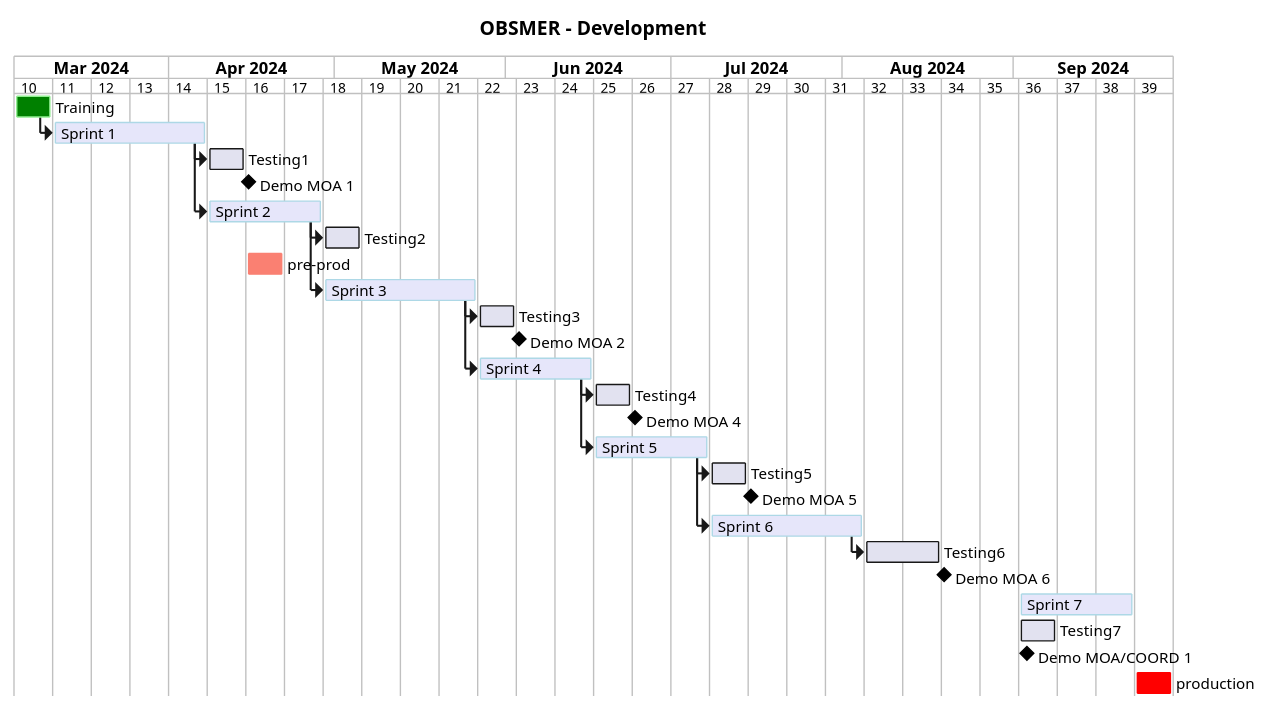
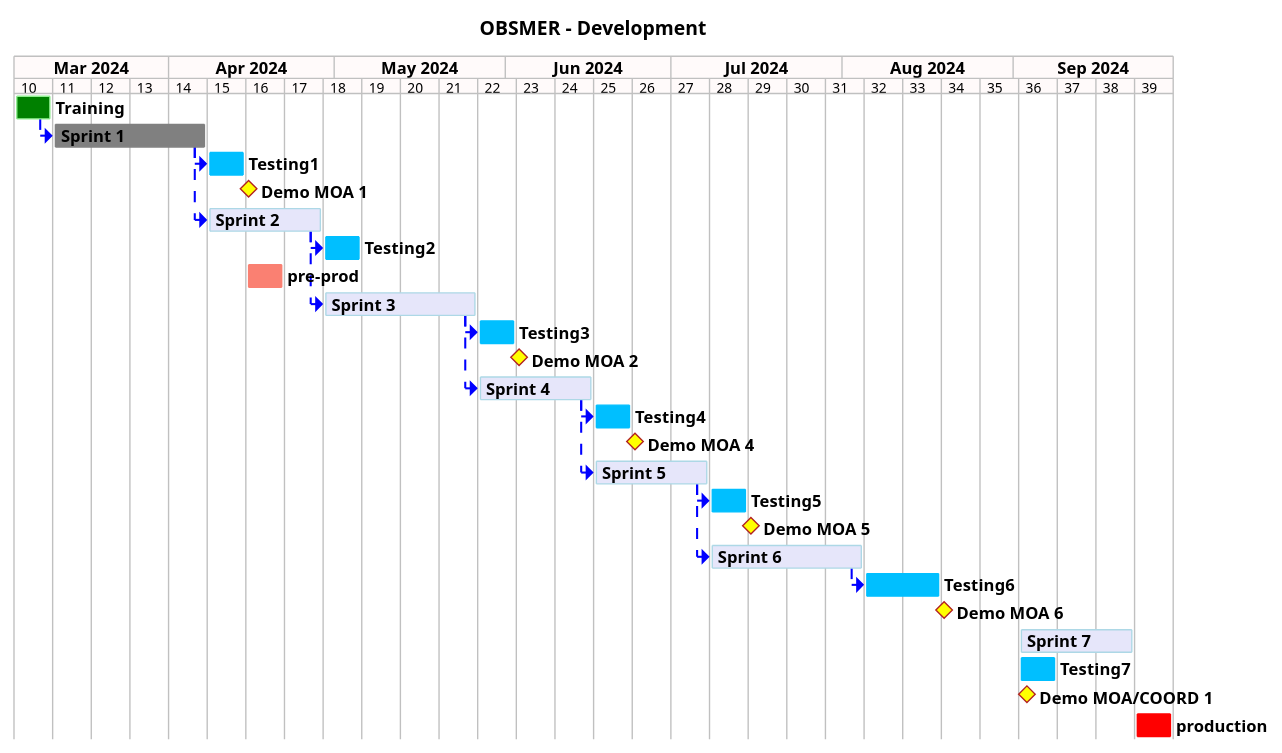
The diagram in projects/obsmer/not/images/refonte-obsmer-planning-sprints.puml (sumaris-net/sumaris-doc), drawn with PlantUML before and after one commit. The commit also changed 5 other files, not shown here.

```diff
--- a/projects/obsmer/not/images/refonte-obsmer-planning-sprints.puml
+++ b/projects/obsmer/not/images/refonte-obsmer-planning-sprints.puml
@@ -1,68 +1,129 @@
 @startgantt
 hide footbox
+
+<style>
+ganttDiagram {
+    unstartedTask {
+        FontName Helvetica
+        FontColor Black
+        FontSize 12
+        FontStyle bold
+        BackGroundColor DeepSkyBlue
+        LineColor DeepSkyBlue
+    }
+    task {
+        FontName Helvetica
+        FontColor Black
+        FontSize 12
+        FontStyle bold
+        BackGroundColor DeepSkyBlue
+        LineColor DeepSkyBlue
+    }
+    milestone {
+        FontColor black
+        FontSize 12
+        FontStyle bold
+        BackGroundColor yellow
+        LineColor FireBrick
+    }
+    note {
+        FontColor DarkGreen
+        FontSize 10
+        LineColor OrangeRed
+    }
+    arrow {
+        FontName Helvetica
+        FontColor red
+        FontSize 18
+        FontStyle bold
+        BackGroundColor GreenYellow
+        LineColor blue
+        LineStyle 8.0;13.0
+        LineThickness 3.0
+    }
+    separator {
+        BackgroundColor OliveDrab
+        LineStyle 8.0;3.0
+        LineColor Gray
+        LineThickness 1.0
+        FontSize 16
+        FontStyle bold
+        FontColor White
+        Margin 5
+        Padding 6
+    }
+    timeline {
+        BackgroundColor Snow
+    }
+    closed {
+        BackgroundColor pink
+        FontColor red
+    }
+}
+</style>
 
 printscale weekly
 projectscale weekly
 
 title OBSMER - Development
 
 Project starts the 2024/03/04
 [Training] as [TRAIN1] requires 1 week
 [TRAIN1] is colored in Green/LightGreen
 
 [Sprint 1] as [TASK1] requires 4 weeks
-[TASK1] is colored in Lavender/LightBlue
+[TASK1] is colored in Grey
 [TRAIN1]->[TASK1]
 
 [Testing1] requires 1 week
 [TASK1]->[Testing1]
 [Demo MOA 1] happens 1 day after [Testing1]'s end
 
 [Sprint 2] as [TASK2] requires 3 weeks
 [TASK2] is colored in Lavender/LightBlue
 [TASK1]->[TASK2]
 [Testing2] requires 1 week
 [TASK2]->[Testing2]
 
 [pre-prod] as [PREPROD] requires 1 week and starts the 15th of April 2024
 [PREPROD] is colored in salmon
 
 [Sprint 3] as [TASK3] requires 4 weeks
 [TASK3] is colored in Lavender/LightBlue
 [TASK2]->[TASK3]
 [Testing3] requires 1 week
 [TASK3]->[Testing3]
 [Demo MOA 2] happens 1 day after [Testing3]'s end
 
 [Sprint 4] as [TASK4] requires 3 weeks
 [TASK4] is colored in Lavender/LightBlue
 [TASK3]->[TASK4]
 [Testing4] requires 1 week
 [TASK4]->[Testing4]
 [Demo MOA 4] happens 1 day after [Testing4]'s end
 
 [Sprint 5] as [TASK5] requires 3 weeks
 [TASK5] is colored in Lavender/LightBlue
 [TASK4]->[TASK5]
 [Testing5] requires 1 week
 [TASK5]->[Testing5]
 [Demo MOA 5] happens 1 day after [Testing5]'s end
 
 [Sprint 6] as [TASK6] requires 4 weeks
 [TASK6] is colored in Lavender/LightBlue
 [TASK5]->[TASK6]
 [Testing6] requires 2 week
 [TASK6]->[Testing6]
 [Demo MOA 6] happens 1 day after [Testing6]'s end
 
 
 [Sprint 7] as [TASK7] requires 3 weeks and starts the 2th of September 2024
 [TASK7] is colored in Lavender/LightBlue
 [Testing7] requires 1 week and  starts the 2th of September 2024
 
 [Demo MOA/COORD 1] happens 1 day after [Testing7]'s start
 
 [production] as [PROD] requires 1 week and starts the 23th of September 2024
 [PROD] is colored in red
 
 @endgantt
```
